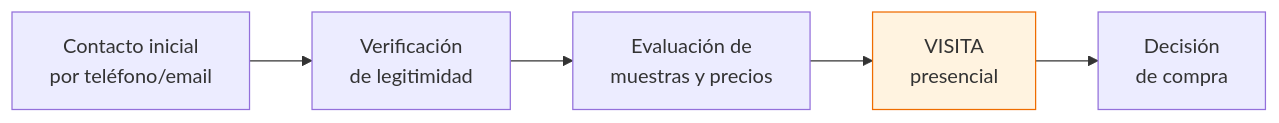
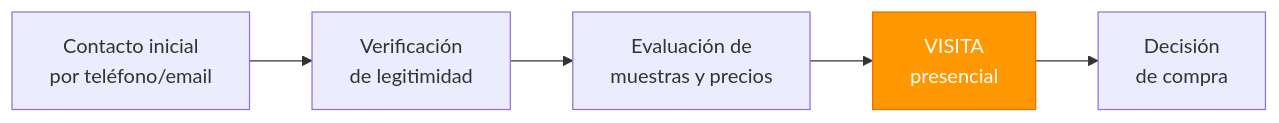
Before and after one commit to barrosignacioezequiel-coder/docs: the diagram in app/paso1-argentina/evaluar-negociar/visitar-fabrica.mdx, drawn with Mermaid. The commit also changed 66 other files, not shown here.

First line of the commit message:
fix: resolve Mermaid v11 numbered list errors + improve contrast

````diff
--- a/app/paso1-argentina/evaluar-negociar/visitar-fabrica.mdx
+++ b/app/paso1-argentina/evaluar-negociar/visitar-fabrica.mdx
@@ -29,9 +29,9 @@
 ```mermaid
 graph LR
     A["Contacto inicial<br/>por teléfono/email"] --> B["Verificación<br/>de legitimidad"]
     B --> C["Evaluación de<br/>muestras y precios"]
     C --> D["VISITA<br/>presencial"]
     D --> E["Decisión<br/>de compra"]
 
-    style D fill:#fff3e0,stroke:#ef6c00
+    style D fill:#ff9800,stroke:#ef6c00,color:#fff
 ```
````
